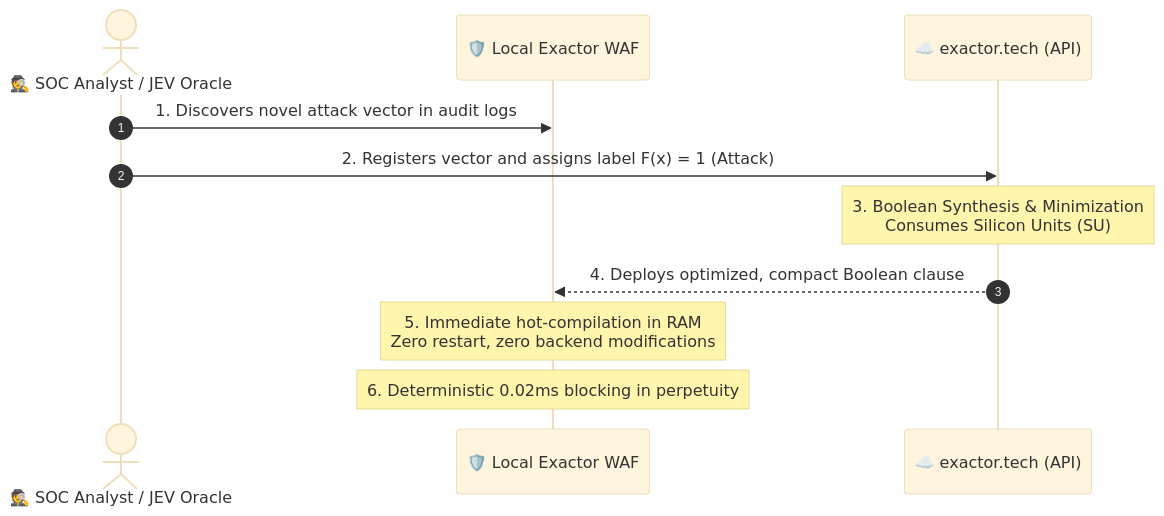
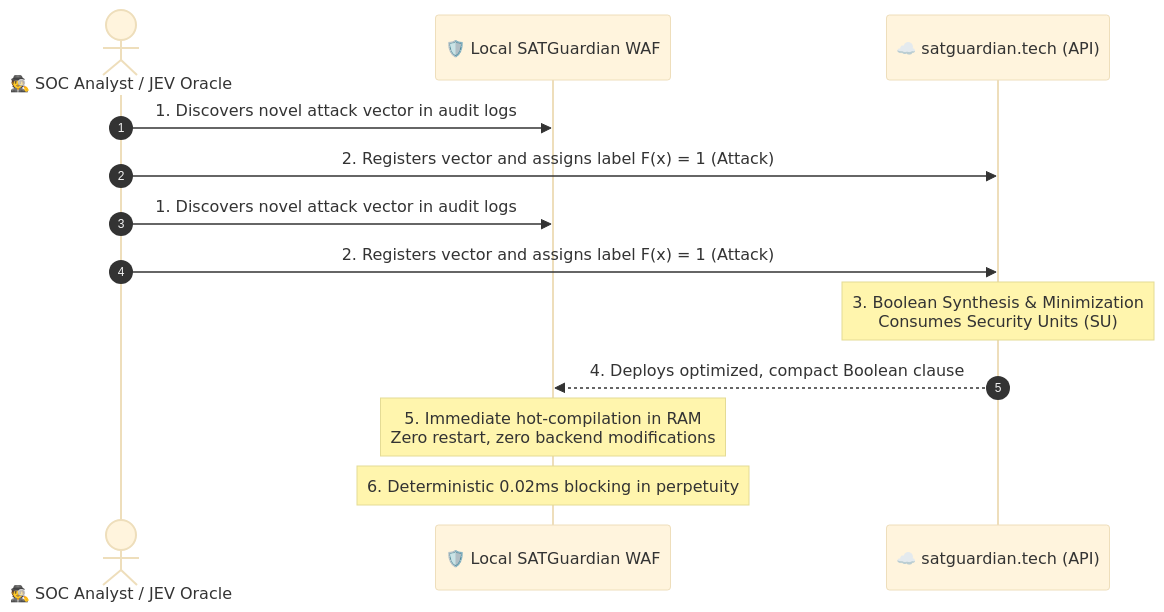
Before and after one commit to ExactorResearch/exactor-waf-guardian: the second of 2 diagrams in AXIOMATIC_SUPERVISION_AND_SYNTHESIS.md, drawn with Mermaid (base theme). The commit also changed other lines of this file and 99 other files, not shown here.

First line of the commit message:
feat(rebrand): homologate edge WAF from exactor to satguardian

````diff
--- a/AXIOMATIC_SUPERVISION_AND_SYNTHESIS.md
+++ b/AXIOMATIC_SUPERVISION_AND_SYNTHESIS.md
@@ -144,14 +144,16 @@
 ```mermaid
 sequenceDiagram
     autonumber
     actor Analyst as 🕵️ SOC Analyst / JEV Oracle
-    participant WAF as 🛡️ Local Exactor WAF
-    participant Cloud as ☁️ exactor.tech (API)
+    participant WAF as 🛡️ Local SATGuardian WAF
+    participant Cloud as ☁️ satguardian.tech (API)
 
     Analyst->>WAF: 1. Discovers novel attack vector in audit logs
     Analyst->>Cloud: 2. Registers vector and assigns label F(x) = 1 (Attack)
-    Note over Cloud: 3. Boolean Synthesis & Minimization<br/>Consumes Silicon Units (SU)
+    Analyst->>WAF: 1. Discovers novel attack vector in audit logs
+    Analyst->>Cloud: 2. Registers vector and assigns label F(x) = 1 (Attack)
+    Note over Cloud: 3. Boolean Synthesis & Minimization<br/>Consumes Security Units (SU)
     Cloud-->>WAF: 4. Deploys optimized, compact Boolean clause
     Note over WAF: 5. Immediate hot-compilation in RAM<br/>Zero restart, zero backend modifications
     Note over WAF: 6. Deterministic 0.02ms blocking in perpetuity
 ```
````
